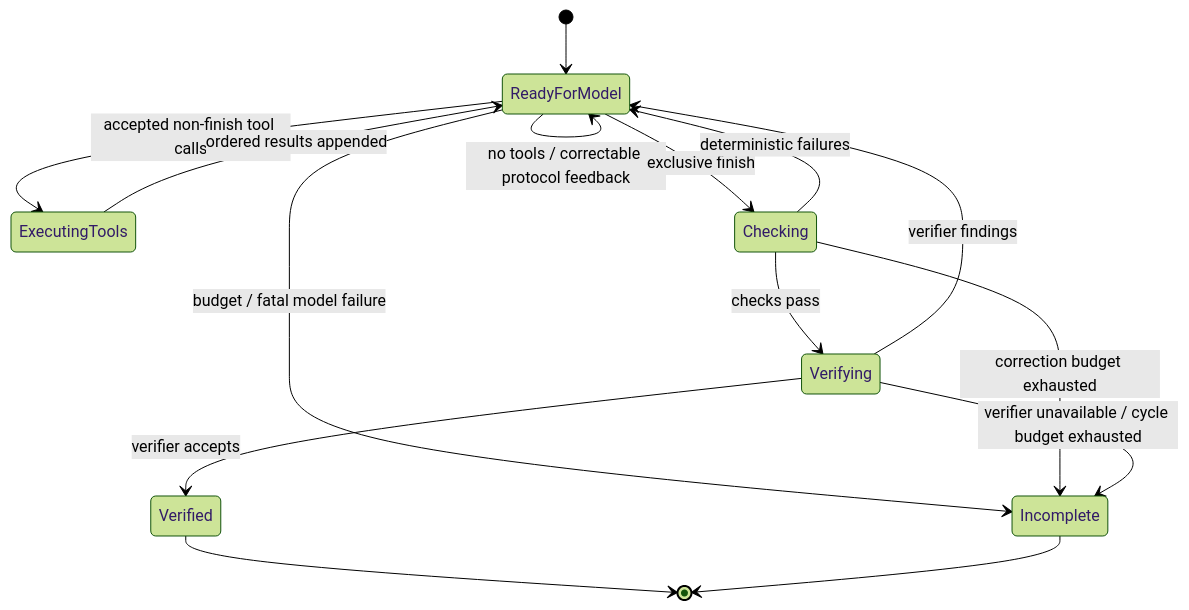
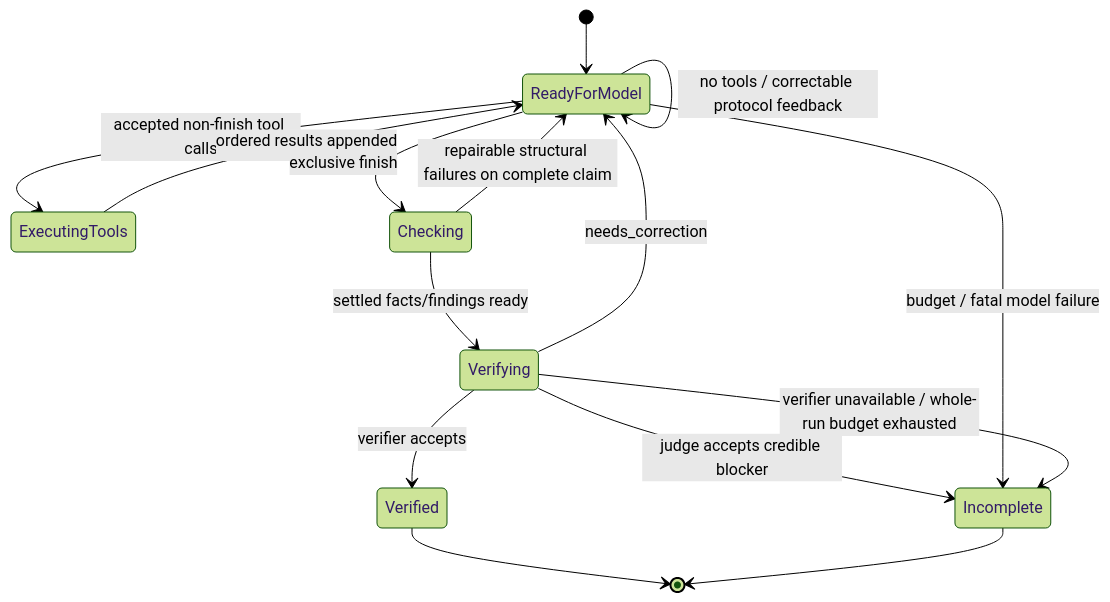
One commit to briosolivares/evidence-collection-agent changed the second of 2 diagrams in docs/browser-agent-v3/sherlock-v3-design-doc.md. Above: the diagram before and after it, drawn with Mermaid (forest theme). The commit also changed other lines of this file and 49 other files, not shown here.

````diff
--- a/docs/browser-agent-v3/sherlock-v3-design-doc.md
+++ b/docs/browser-agent-v3/sherlock-v3-design-doc.md
@@ -762,17 +791,17 @@
 ```mermaid
 stateDiagram-v2
   [*] --> ReadyForModel
   ReadyForModel --> ExecutingTools: accepted non-finish tool calls
   ExecutingTools --> ReadyForModel: ordered results appended
   ReadyForModel --> ReadyForModel: no tools / correctable protocol feedback
   ReadyForModel --> Checking: exclusive finish
-  Checking --> ReadyForModel: deterministic failures
-  Checking --> Verifying: checks pass
-  Verifying --> ReadyForModel: verifier findings
+  Checking --> ReadyForModel: repairable structural failures on complete claim
+  Checking --> Verifying: settled facts/findings ready
+  Verifying --> ReadyForModel: needs_correction
   Verifying --> Verified: verifier accepts
+  Verifying --> Incomplete: judge accepts credible blocker
   ReadyForModel --> Incomplete: budget / fatal model failure
-  Checking --> Incomplete: correction budget exhausted
-  Verifying --> Incomplete: verifier unavailable / cycle budget exhausted
+  Verifying --> Incomplete: verifier unavailable / whole-run budget exhausted
   Verified --> [*]
   Incomplete --> [*]
 ```
````
